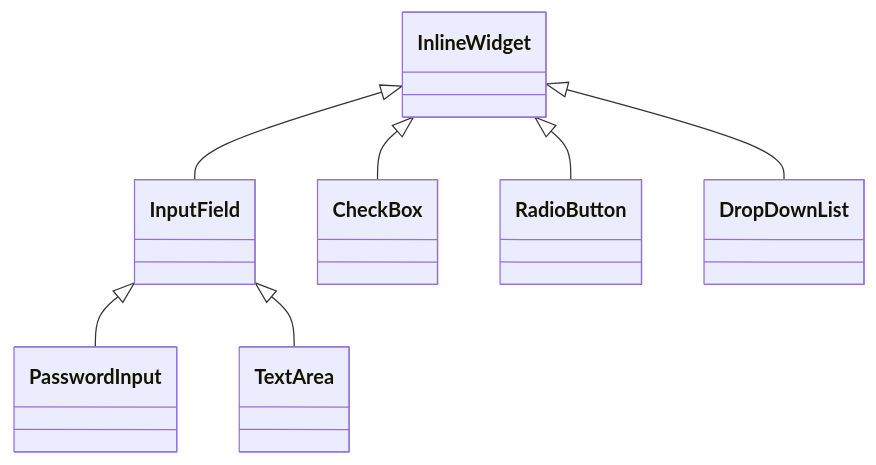
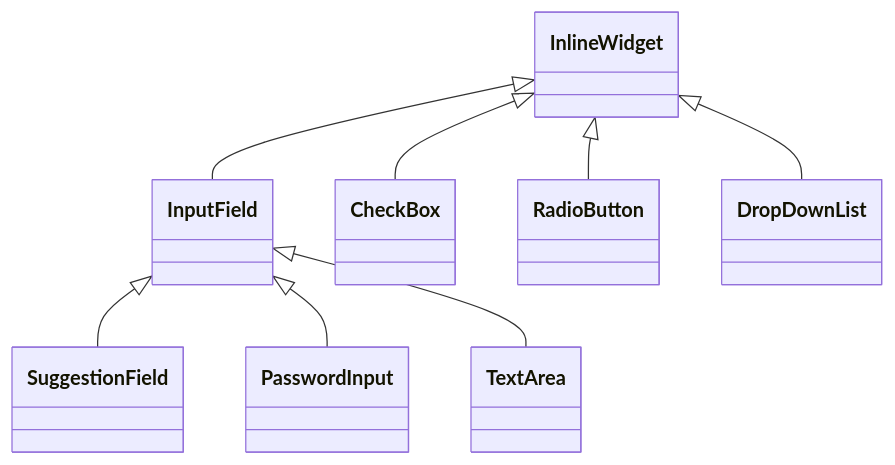
One commit to kniazkov/widgets changed the fourth of 6 diagrams in docs/WIDGETS.md. Above: the diagram before and after it, drawn with Mermaid. The commit also changed other lines of this file and 14 other files, not shown here.

Commit message:
Add model-backed editable suggestion field

````diff
--- a/docs/WIDGETS.md
+++ b/docs/WIDGETS.md
@@ -62,10 +62,11 @@
 ```mermaid
 classDiagram
     direction TB
     InlineWidget <|-- InputField
     InlineWidget <|-- CheckBox
     InlineWidget <|-- RadioButton
     InlineWidget <|-- DropDownList
+    InputField <|-- SuggestionField
     InputField <|-- PasswordInput
     InputField <|-- TextArea
 ```
````
